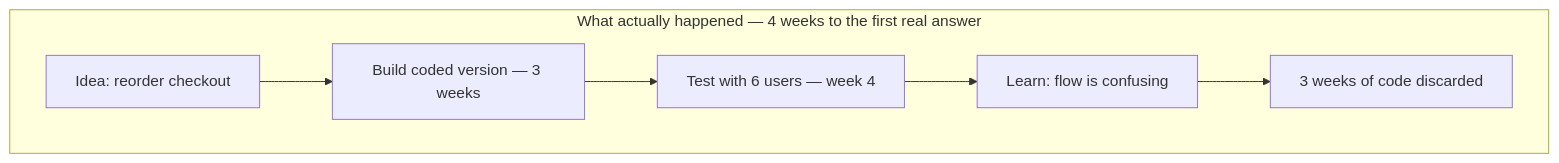
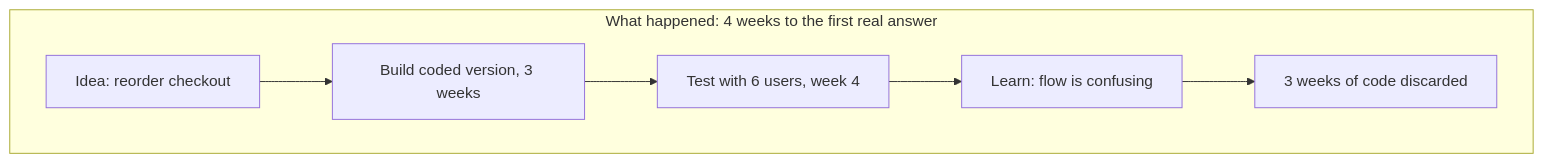
The first of 2 diagrams in src/content/design/prototyping-feedback-loops/L3-deep-dive.mdx (francoandreDev/knowledge), drawn with Mermaid before and after one commit. The commit also changed other lines of this file and 16 other files, not shown here.

````diff
--- a/src/content/design/prototyping-feedback-loops/L3-deep-dive.mdx
+++ b/src/content/design/prototyping-feedback-loops/L3-deep-dive.mdx
@@ -54,10 +61,10 @@
 ```mermaid
 flowchart LR
-    subgraph Actual["What actually happened — 4 weeks to the first real answer"]
+    subgraph Actual["What happened: 4 weeks to the first real answer"]
         direction LR
-        I1["Idea: reorder checkout"] --> B1["Build coded version — 3 weeks"]
-        B1 --> T1["Test with 6 users — week 4"]
+        I1["Idea: reorder checkout"] --> B1["Build coded version, 3 weeks"]
+        B1 --> T1["Test with 6 users, week 4"]
         T1 --> L1_["Learn: flow is confusing"]
         L1_ --> W1["3 weeks of code discarded"]
     end
 ```
````
